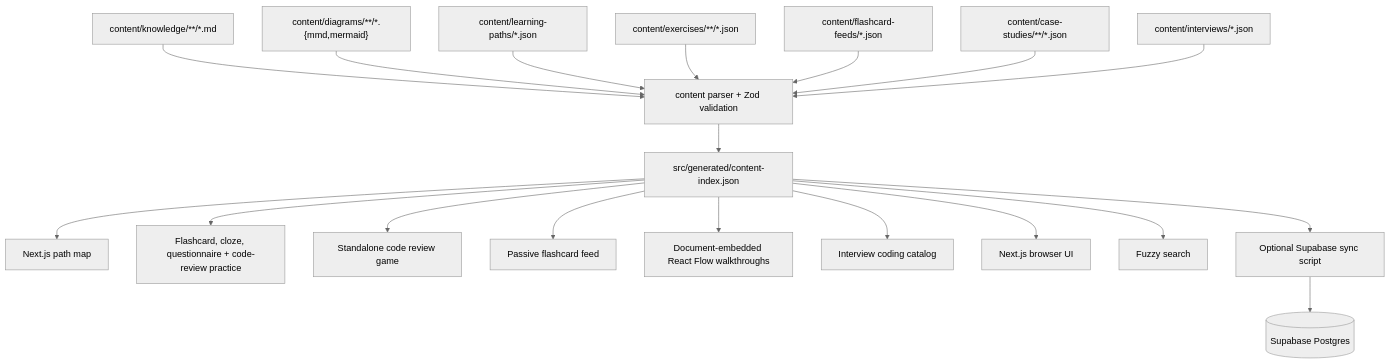
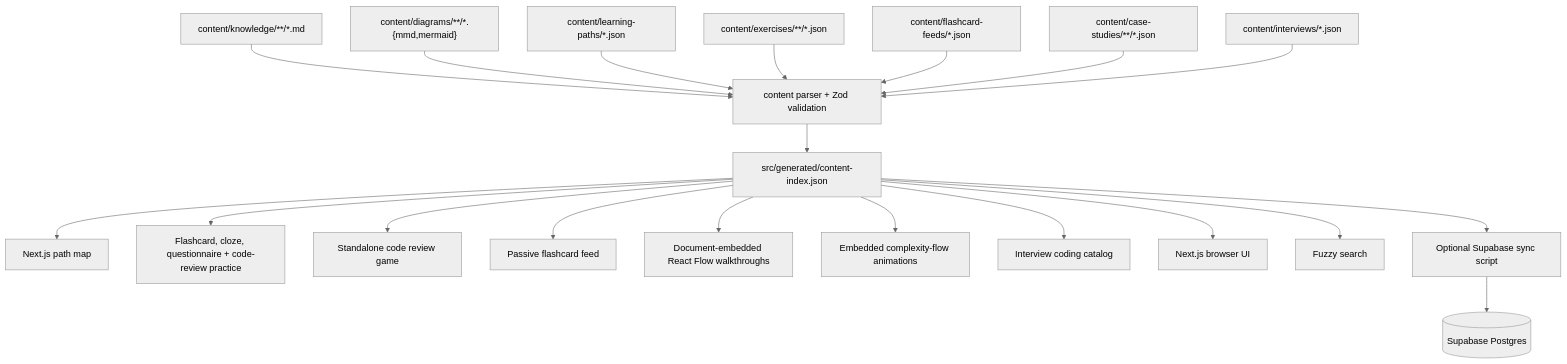
Before and after one commit to dano-gutierrez/codematica: the diagram in docs/engineering-overview.md, drawn with Mermaid (neutral theme). The commit also changed other lines of this file and 38 other files, not shown here.

````diff
--- a/docs/engineering-overview.md
+++ b/docs/engineering-overview.md
@@ -24,21 +24,22 @@
 ```mermaid
 flowchart TD
   MD["content/knowledge/**/*.md"] --> Parser["content parser + Zod validation"]
   MMD["content/diagrams/**/*.{mmd,mermaid}"] --> Parser
   PATHS["content/learning-paths/*.json"] --> Parser
   EX["content/exercises/**/*.json"] --> Parser
   FEEDS["content/flashcard-feeds/*.json"] --> Parser
   CS["content/case-studies/**/*.json"] --> Parser
   IV["content/interviews/*.json"] --> Parser
   Parser --> Index["src/generated/content-index.json"]
   Index --> Paths["Next.js path map"]
   Index --> Practice["Flashcard, cloze, questionnaire + code-review practice"]
   Index --> Reviews["Standalone code review game"]
   Index --> Passive["Passive flashcard feed"]
   Index --> CaseStudies["Document-embedded React Flow walkthroughs"]
+  Index --> Complexity["Embedded complexity-flow animations"]
   Index --> Interviews["Interview coding catalog"]
   Index --> Browser["Next.js browser UI"]
   Index --> Search["Fuzzy search"]
   Index --> Sync["Optional Supabase sync script"]
   Sync --> DB[("Supabase Postgres")]
 ```
````
